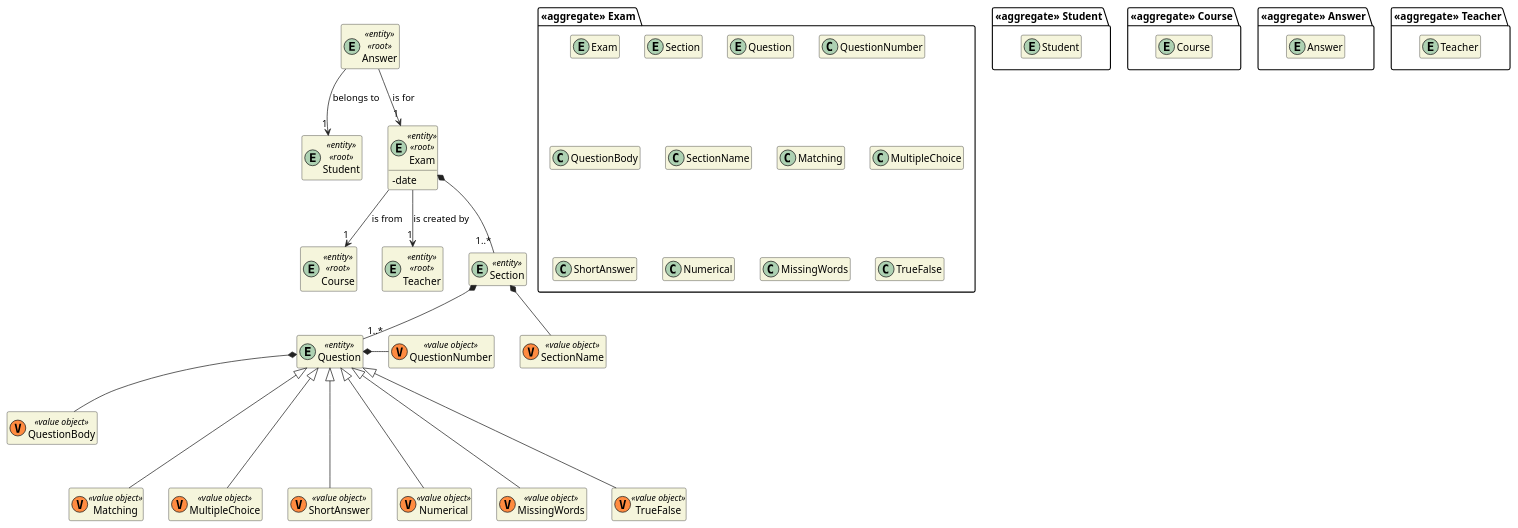
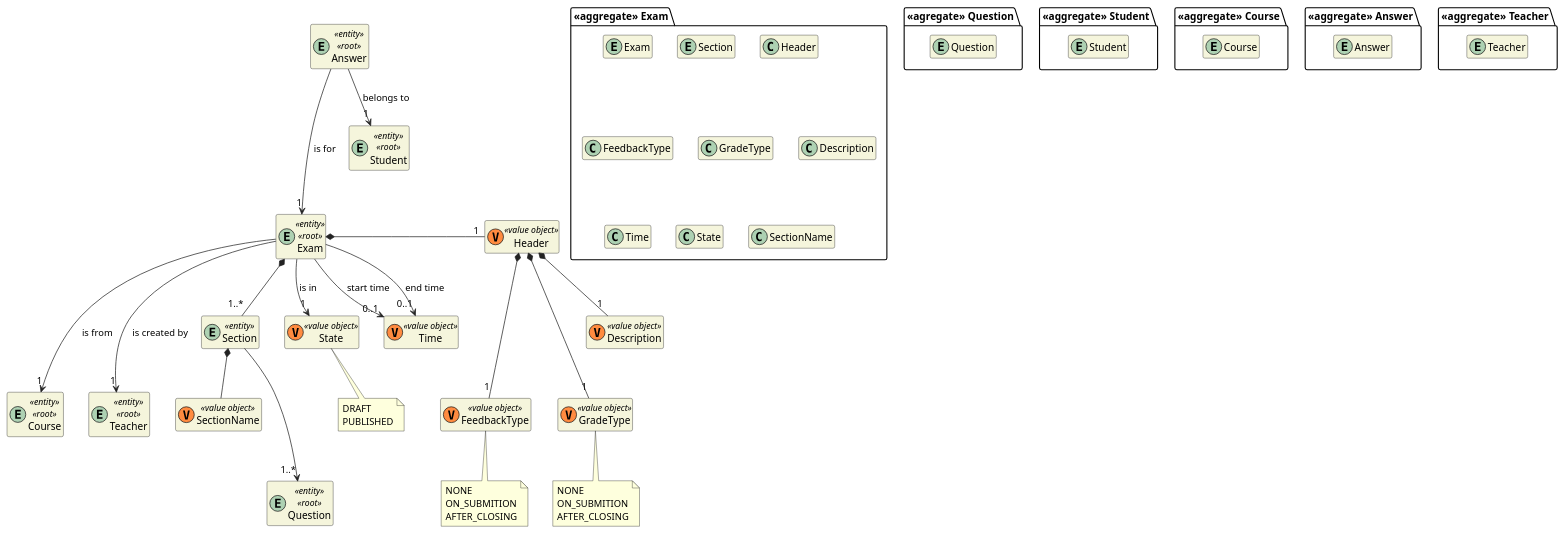
The diagram in docs/dm/DM_Exam.puml (miseEnPlace-dev/lapr4), drawn with PlantUML before and after one commit. The commit also changed 12 other files, not shown here.

```diff
--- a/docs/dm/DM_Exam.puml
+++ b/docs/dm/DM_Exam.puml
@@ -1,96 +1,113 @@
 @startuml DM-EXAM
 'https://plantuml.com/class-diagram
 
 skinparam classAttributeIconSize 0
 hide empty attributes
 hide empty methods
 skinparam classBackgroundColor beige
 skinparam ArrowColor #222222
 
 package "<<aggregate>> Exam" {
-    entity Exam
-    entity Section
+  entity Exam
 
-    entity Question
-    class QuestionNumber
-    class QuestionBody
-    class SectionName
+  entity Section
 
-    class Matching
-    class MultipleChoice
-    class ShortAnswer
-    class Numerical
-    class MissingWords
-    class TrueFalse
+  class Header
+  class FeedbackType
+  class GradeType
+  class Description
+
+  class Time
+
+  class State
+
+  class SectionName
+}
+
+package "<<agregate>> Question" {
+  entity Question
 }
 
 package "<<aggregate>> Student" {
     entity Student
 }
 
 entity Student <<entity>> <<root>> {
 }
 
 package "<<aggregate>> Course" {
     entity Course
 }
 
 entity Course <<entity>> <<root>> {
 }
 
 package "<<aggregate>> Answer" {
     entity Answer
 }
 
 entity Answer <<entity>> <<root>> {
 }
 
 package "<<aggregate>> Teacher" {
     entity Teacher
 }
 
 entity Teacher <<entity>> <<root>> {
 }
 
 entity Exam <<entity>> <<root>> {
-    - date
 }
 
 entity Section <<entity>> {}
 
-entity Question <<entity>> {}
+class SectionName <<(V,#FF8B40) value object>> {}
+class State <<(V,#FF8B40) value object>> {}
 
-class QuestionNumber <<(V,#FF8B40) value object>> {}
-class QuestionBody <<(V,#FF8B40) value object>> {}
+class Header <<(V,#FF8B40) value object>> {}
+class FeedbackType <<(V,#FF8B40) value object>> {}
+class GradeType <<(V,#FF8B40) value object>> {}
+class Description <<(V,#FF8B40) value object>> {}
+class Time <<(V,#FF8B40) value object>> {}
 
-class SectionName <<(V,#FF8B40) value object>> {}
+entity Question <<entity>> <<root>> {}
 
-class Matching <<(V, #FF8B40) value object>> {}
-class MultipleChoice <<(V, #FF8B40) value object>> {}
-class ShortAnswer <<(V, #FF8B40) value object>> {}
-class Numerical <<(V, #FF8B40) value object>> {}
-class MissingWords <<(V, #FF8B40) value object>> {}
-class TrueFalse <<(V, #FF8B40) value object>> {}
+Exam --> "0..1" Time : start time
+Exam --> "0..1" Time : end time
 
-Question *- QuestionNumber
-Question *-- QuestionBody
+Exam --> "1" State : is in
 
-Question <|--- Matching
-Question <|--- MultipleChoice
-Question <|--- ShortAnswer
-Question <|--- Numerical
-Question <|--- MissingWords
-Question <|--- TrueFalse
+note bottom of State
+  DRAFT
+  PUBLISHED
+end note
 
 Exam *-- "1..*" Section
-Exam --> "1" Course : is from
-Exam --> "1" Teacher : is created by
+Exam ---> "1" Course : is from
+Exam ---> "1" Teacher : is created by
 
-Section *-- "1..*" Question
+Exam *- "1" Header
+Header *--- "1" FeedbackType
+Header *--- "1" GradeType
+Header *-- "1" Description
+
+note bottom of FeedbackType
+  NONE
+  ON_SUBMITION
+  AFTER_CLOSING
+end note
+
+note bottom of GradeType
+  NONE
+  ON_SUBMITION
+  AFTER_CLOSING
+end note
+
+Section ---> "1..*" Question
 Section *-- SectionName
 
 Answer --> "1" Student : belongs to
 
-Answer --> "1" Exam : is for
+Answer ---> "1" Exam : is for
 
 @enduml
```
